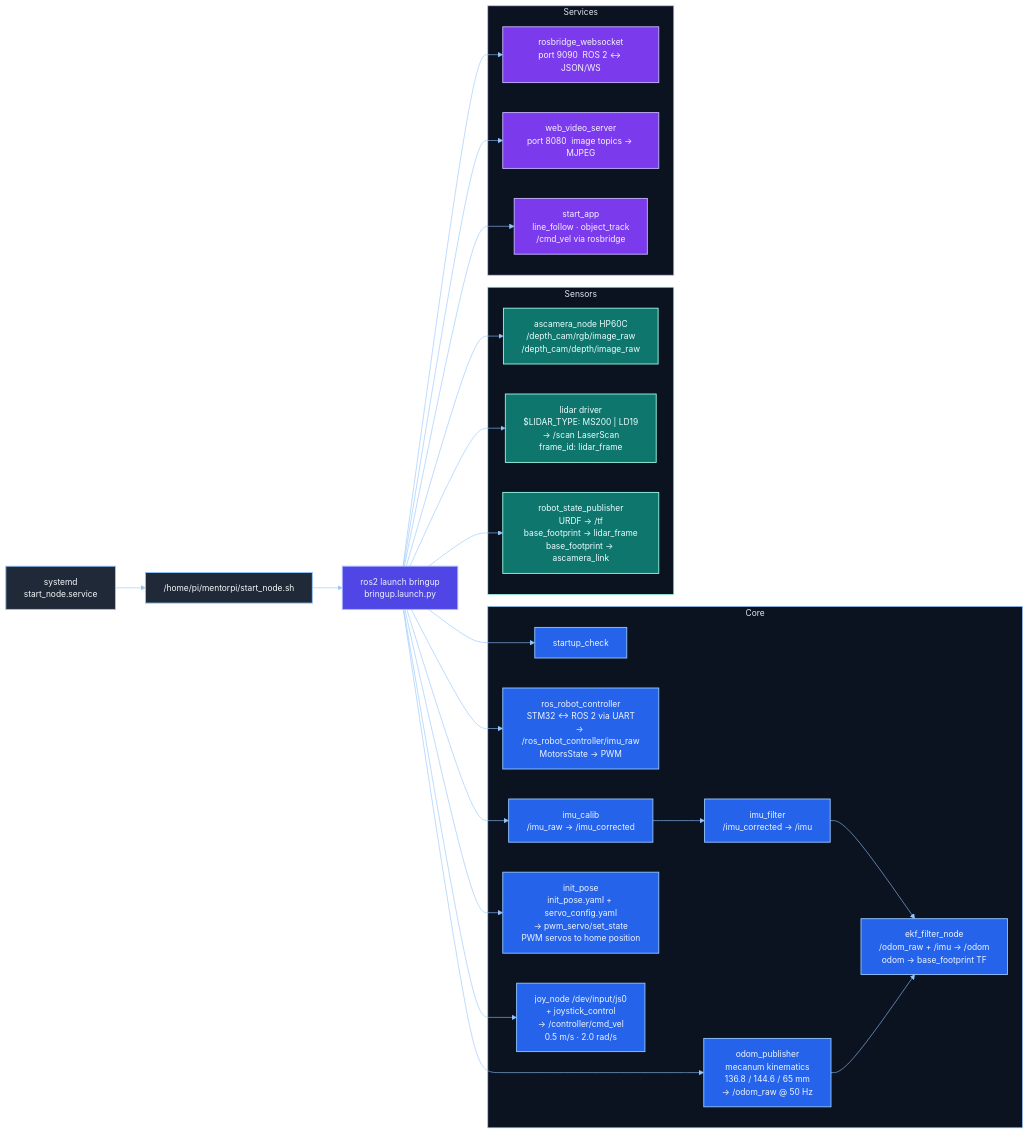
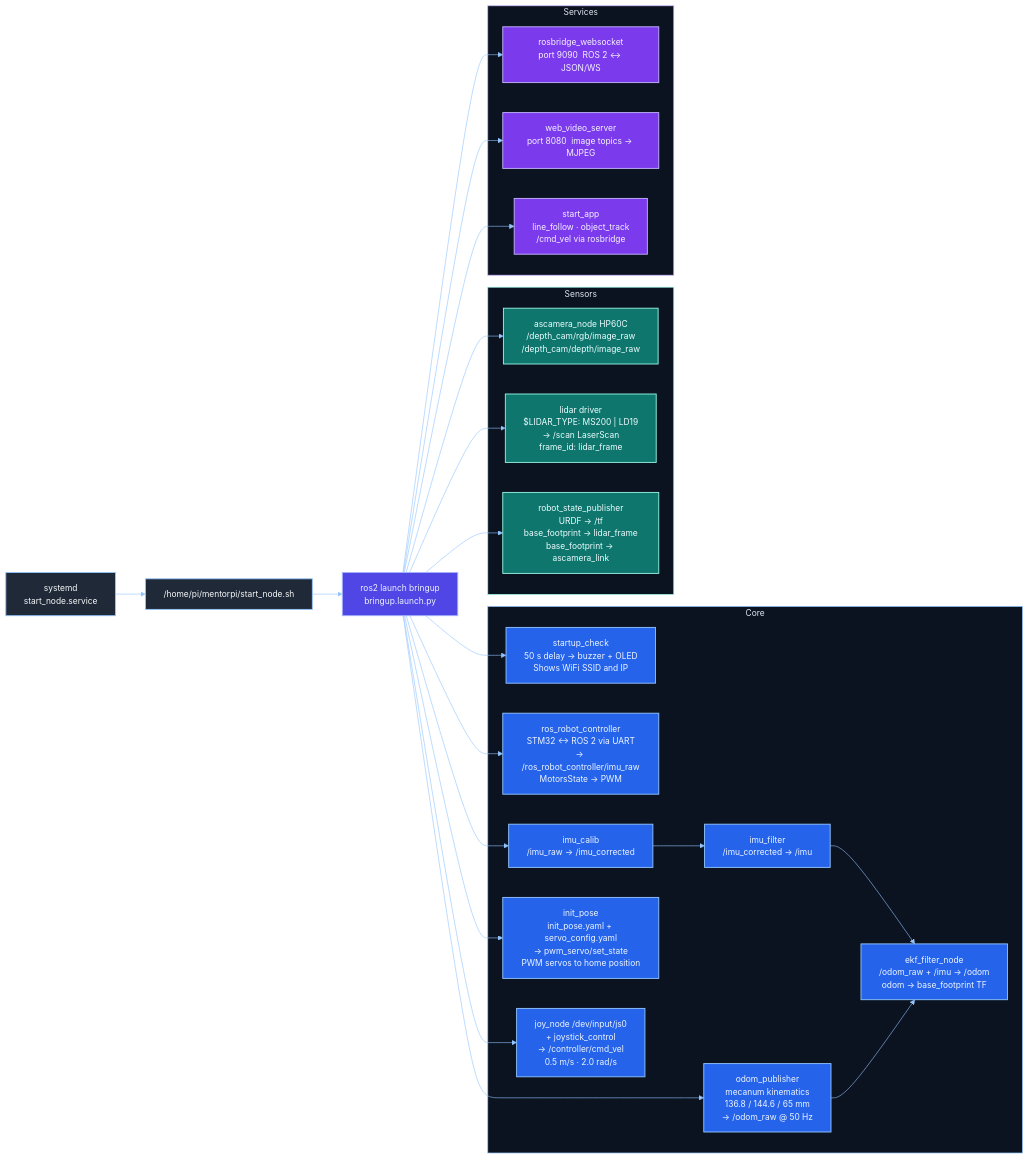
Before and after one commit to lexmaister/mentorpi_ws: the diagram in docs/bringup-reference.md, drawn with Mermaid. The commit also changed other lines of this file and 1 other file, not shown here.

Commit message:
docs: reviewed and trimmed architecture and bringup descriptions

````diff
--- a/docs/bringup-reference.md
+++ b/docs/bringup-reference.md
@@ -34,79 +34,79 @@
 ```mermaid
 %%{init: {'theme': 'base', 'themeVariables': {
   'primaryColor': '#1e293b',
   'primaryTextColor': '#e2e8f0',
   'primaryBorderColor': '#7dd3fc',
   'lineColor': '#93c5fd',
   'secondaryColor': '#0f172a',
   'tertiaryColor': '#111827',
   'background': '#020817',
   'mainBkg': '#0f172a',
   'nodeBorder': '#7dd3fc',
   'clusterBkg': '#0f172a',
   'clusterBorder': '#93c5fd',
   'textColor': '#e2e8f0',
   'fontFamily': 'Arial',
   'fontSize': '14px'
 }}}%%
 flowchart LR
   classDef entry fill:#1f2937,stroke:#93c5fd,color:#f8fafc,stroke-width:1.5px;
   classDef launcher fill:#4f46e5,stroke:#a5b4fc,color:#eef2ff,stroke-width:1.5px;
   classDef core fill:#2563eb,stroke:#93c5fd,color:#eff6ff,stroke-width:1.5px;
   classDef sensor fill:#0f766e,stroke:#99f6e4,color:#ecfeff,stroke-width:1.5px;
   classDef service fill:#7c3aed,stroke:#c4b5fd,color:#f5f3ff,stroke-width:1.5px;
 
   A["systemd\nstart_node.service"]
   B["/home/pi/mentorpi/start_node.sh"]
   C["ros2 launch bringup\nbringup.launch.py"]
 
   A --> B --> C
 
   subgraph Core
-    D[startup_check]
+    D["startup_check\n50 s delay → buzzer + OLED\nShows WiFi SSID and IP"]
     E["ros_robot_controller\nSTM32 ↔ ROS 2 via UART\n→ /ros_robot_controller/imu_raw\nMotorsState → PWM"]
     F["odom_publisher\nmecanum kinematics\n136.8 / 144.6 / 65 mm\n→ /odom_raw @ 50 Hz"]
     G1["imu_calib\n/imu_raw → /imu_corrected"]
     G2["imu_filter\n/imu_corrected → /imu"]
     G["ekf_filter_node\n/odom_raw + /imu → /odom\nodom → base_footprint TF"]
     H["init_pose\ninit_pose.yaml + servo_config.yaml\n→ pwm_servo/set_state\nPWM servos to home position"]
     I["joy_node  /dev/input/js0\n+ joystick_control\n→ /controller/cmd_vel\n0.5 m/s · 2.0 rad/s"]
   end
 
   subgraph Sensors
     J["ascamera_node  HP60C\n/depth_cam/rgb/image_raw\n/depth_cam/depth/image_raw"]
     K["lidar driver\n$LIDAR_TYPE: MS200 | LD19\n→ /scan  LaserScan\nframe_id: lidar_frame"]
     L["robot_state_publisher\nURDF → /tf\nbase_footprint → lidar_frame\nbase_footprint → ascamera_link"]
   end
 
   subgraph Services
     M["rosbridge_websocket\nport 9090  ROS 2 ↔ JSON/WS"]
     N["web_video_server\nport 8080  image topics → MJPEG"]
     O["start_app\nline_follow · object_track\n/cmd_vel via rosbridge"]
   end
 
   C --> D
   C --> E
   C --> F
   C --> G1
   G1 --> G2
   G2 --> G
   F --> G
   C --> H
   C --> I
   C --> J
   C --> K
   C --> L
   C --> M
   C --> N
   C --> O
 
   class A,B entry;
   class C launcher;
   class D,E,F,G1,G2,G,H,I core;
   class J,K,L sensor;
   class M,N,O service;
 
   style Core fill:#0b1220,stroke:#93c5fd,stroke-width:1.2px,color:#e2e8f0;
   style Sensors fill:#0b1220,stroke:#99f6e4,stroke-width:1.2px,color:#e2e8f0;
   style Services fill:#0b1220,stroke:#c4b5fd,stroke-width:1.2px,color:#e2e8f0;
 ```
````
